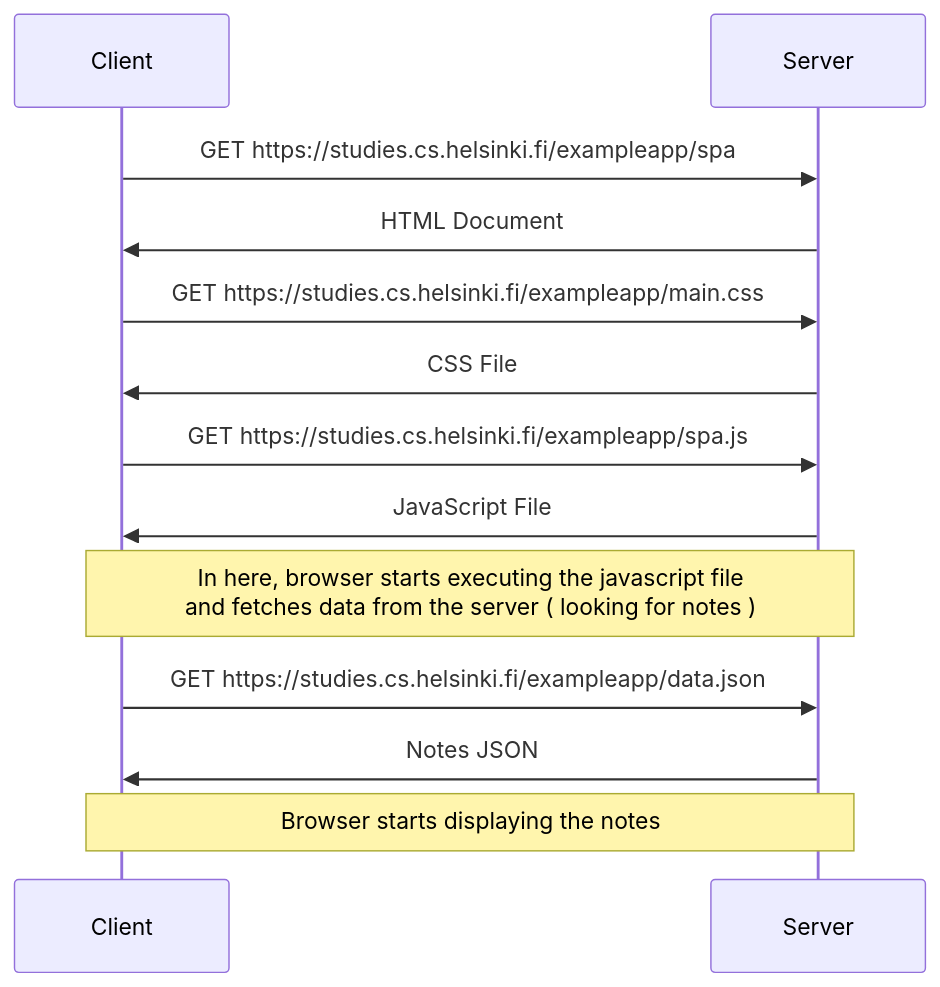
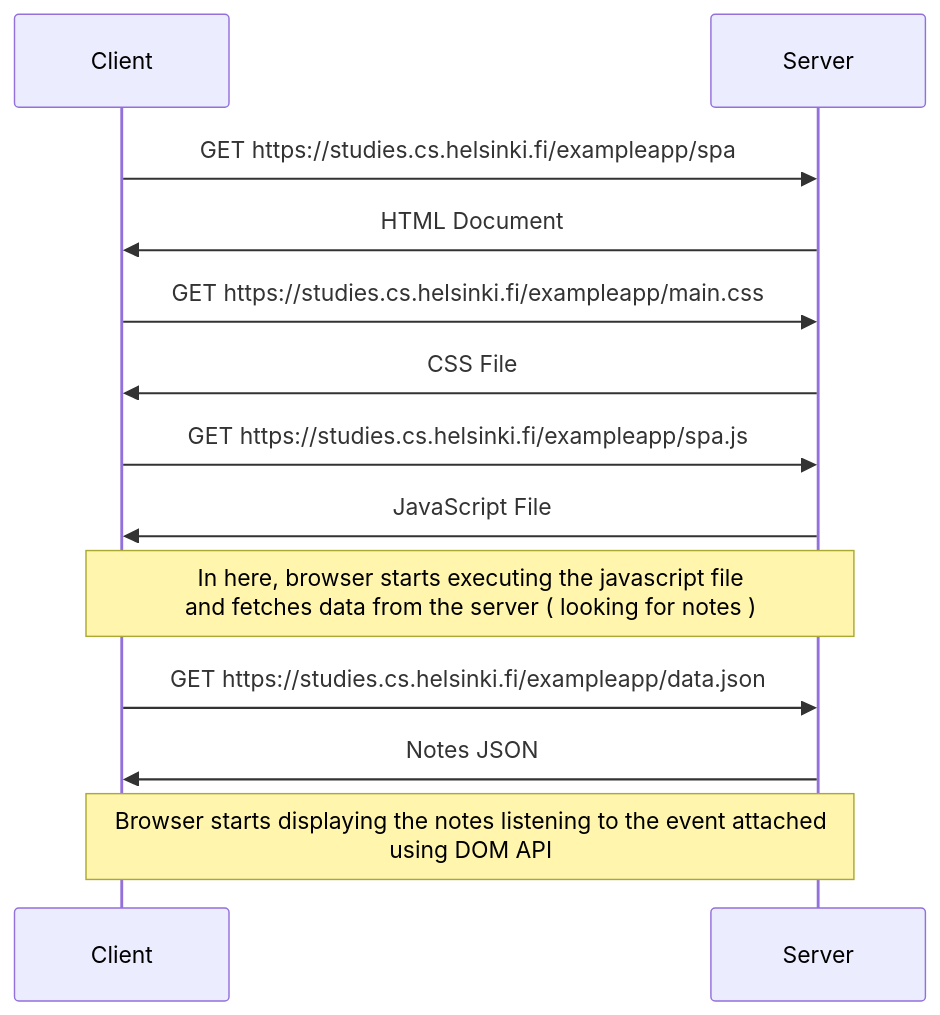
One commit to hiparham/FullStackOpen changed the diagram in Part0/0.5-SPA.md. Above: the diagram before and after it, drawn with Mermaid. The commit also changed 1 other file, not shown here.

````diff
--- a/Part0/0.5-SPA.md
+++ b/Part0/0.5-SPA.md
@@ -1,13 +1,13 @@
 ```mermaid
 sequenceDiagram
 Client->>Server: GET https://studies.cs.helsinki.fi/exampleapp/spa
 Server->>Client: HTML Document
 Client->>Server: GET https://studies.cs.helsinki.fi/exampleapp/main.css
 Server->>Client: CSS File
 Client->>Server: GET https://studies.cs.helsinki.fi/exampleapp/spa.js
 Server->>Client: JavaScript File
 Note over Server,Client: In here, browser starts executing the javascript file<br/> and fetches data from the server ( looking for notes )
 Client->>Server: GET https://studies.cs.helsinki.fi/exampleapp/data.json
 Server->>Client: Notes JSON
-Note over Server,Client: Browser starts displaying the notes 
+Note over Server,Client: Browser starts displaying the notes listening to the event attached <br/> using DOM API
 ```
````
